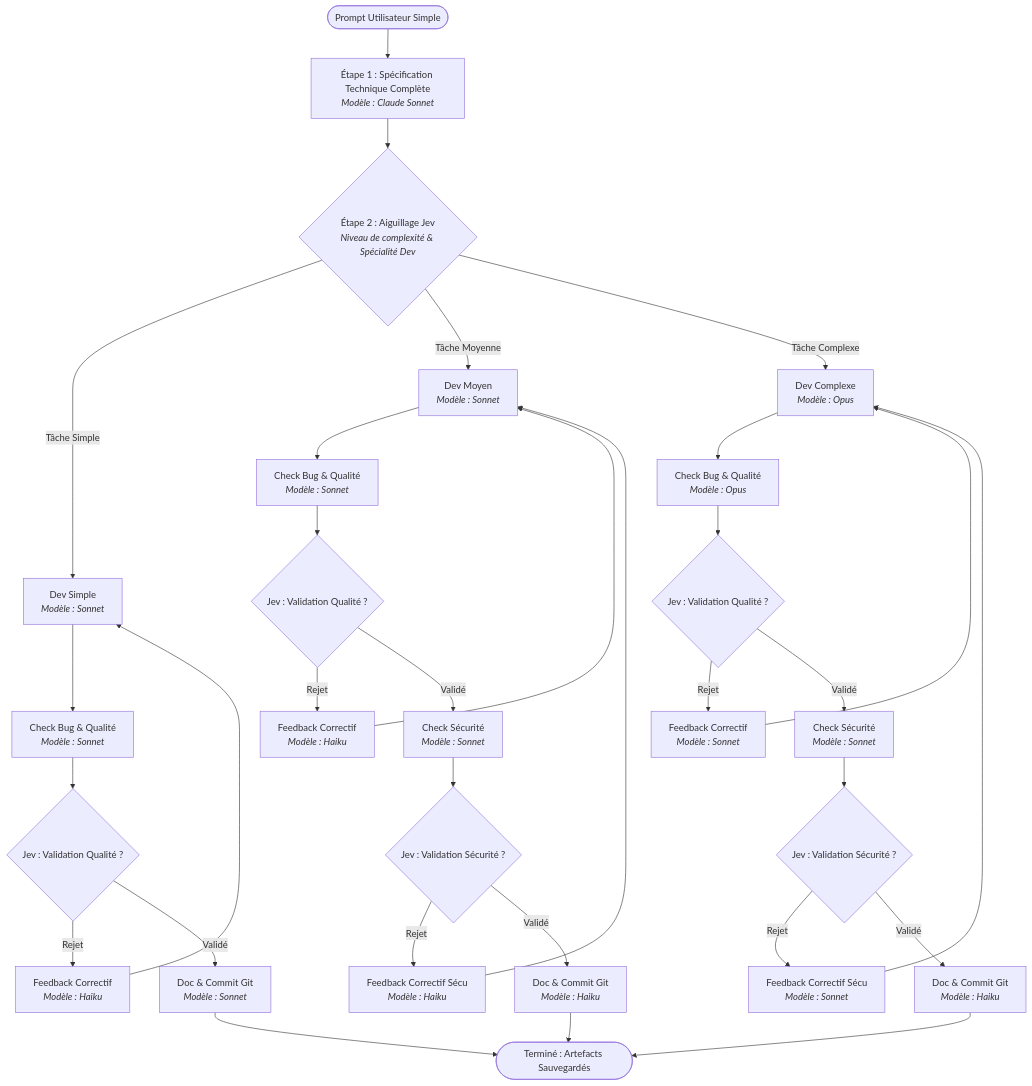
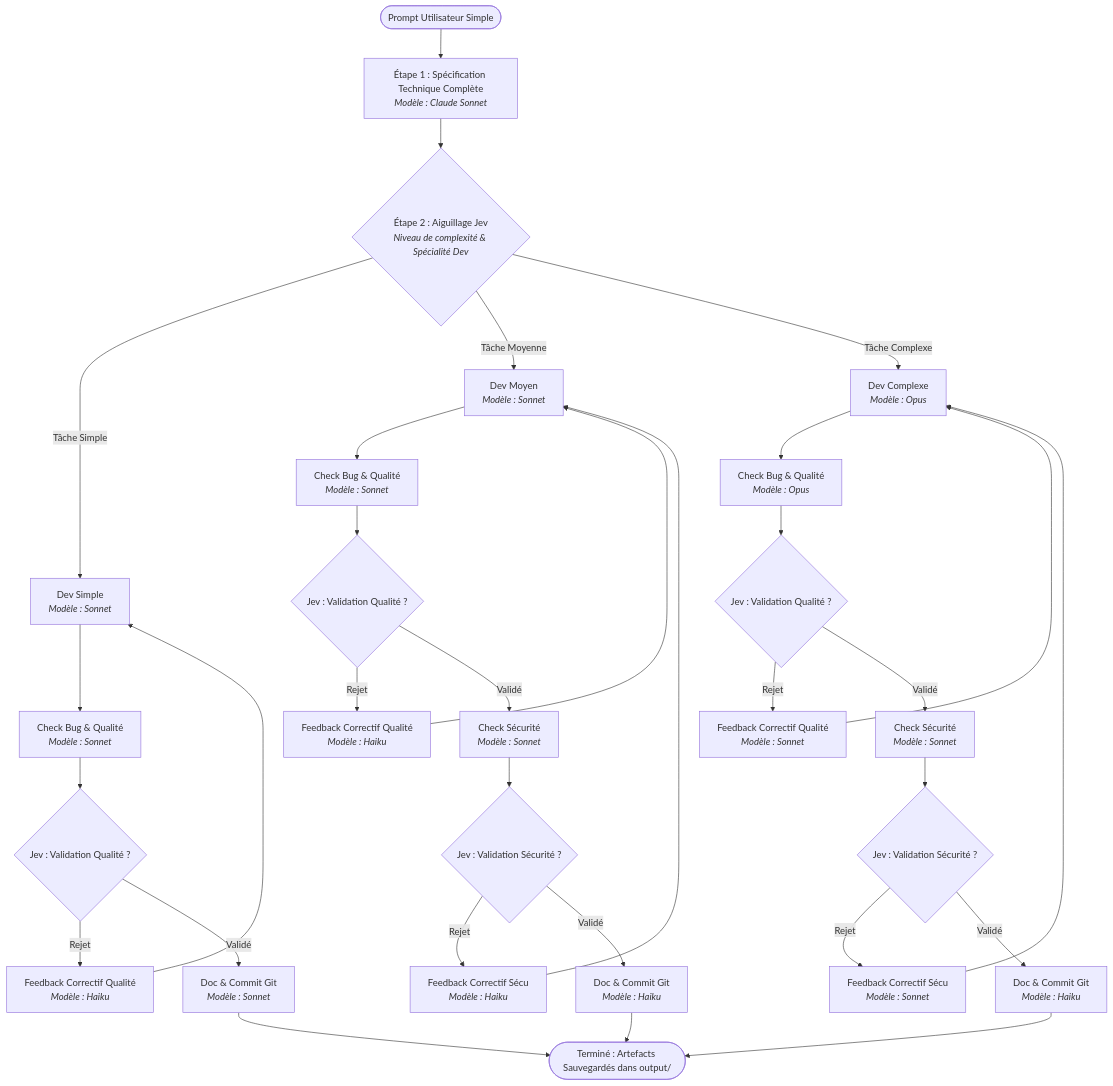
One commit to GirardotN/Workflow-Claude-Code changed the diagram in README.md. Above: the diagram before and after it, drawn with Mermaid. The commit also changed other lines of this file, not shown here.

````diff
--- a/README.md
+++ b/README.md
@@ -38,41 +48,41 @@
 ```mermaid
 flowchart TD
     Start([Prompt Utilisateur Simple]) --> Spec[Étape 1 : Spécification Technique Complète<br/><i>Modèle : Claude Sonnet</i>]
     Spec --> JevRoute{Étape 2 : Aiguillage Jev<br/><i>Niveau de complexité & Spécialité Dev</i>}
 
     %% Branche Simple
     JevRoute -->|Tâche Simple| DevSimple[Dev Simple<br/><i>Modèle : Sonnet</i>]
     DevSimple --> QualSimple[Check Bug & Qualité<br/><i>Modèle : Sonnet</i>]
     QualSimple --> JevQualSimple{Jev : Validation Qualité ?}
-    JevQualSimple -->|Rejet| FbQualSimple[Feedback Correctif<br/><i>Modèle : Haiku</i>]
+    JevQualSimple -->|Rejet| FbQualSimple[Feedback Correctif Qualité<br/><i>Modèle : Haiku</i>]
     FbQualSimple --> DevSimple
     JevQualSimple -->|Validé| DocSimple[Doc & Commit Git<br/><i>Modèle : Sonnet</i>]
 
     %% Branche Moyenne
     JevRoute -->|Tâche Moyenne| DevMoy[Dev Moyen<br/><i>Modèle : Sonnet</i>]
     DevMoy --> QualMoy[Check Bug & Qualité<br/><i>Modèle : Sonnet</i>]
     QualMoy --> JevQualMoy{Jev : Validation Qualité ?}
-    JevQualMoy -->|Rejet| FbQualMoy[Feedback Correctif<br/><i>Modèle : Haiku</i>]
+    JevQualMoy -->|Rejet| FbQualMoy[Feedback Correctif Qualité<br/><i>Modèle : Haiku</i>]
     FbQualMoy --> DevMoy
     JevQualMoy -->|Validé| SecuMoy[Check Sécurité<br/><i>Modèle : Sonnet</i>]
     SecuMoy --> JevSecuMoy{Jev : Validation Sécurité ?}
     JevSecuMoy -->|Rejet| FbSecuMoy[Feedback Correctif Sécu<br/><i>Modèle : Haiku</i>]
     FbSecuMoy --> DevMoy
     JevSecuMoy -->|Validé| DocMoy[Doc & Commit Git<br/><i>Modèle : Haiku</i>]
 
     %% Branche Complexe
     JevRoute -->|Tâche Complexe| DevComp[Dev Complexe<br/><i>Modèle : Opus</i>]
     DevComp --> QualComp[Check Bug & Qualité<br/><i>Modèle : Opus</i>]
     QualComp --> JevQualComp{Jev : Validation Qualité ?}
-    JevQualComp -->|Rejet| FbQualComp[Feedback Correctif<br/><i>Modèle : Sonnet</i>]
+    JevQualComp -->|Rejet| FbQualComp[Feedback Correctif Qualité<br/><i>Modèle : Sonnet</i>]
     FbQualComp --> DevComp
     JevQualComp -->|Validé| SecuComp[Check Sécurité<br/><i>Modèle : Sonnet</i>]
     SecuComp --> JevSecuComp{Jev : Validation Sécurité ?}
     JevSecuComp -->|Rejet| FbSecuComp[Feedback Correctif Sécu<br/><i>Modèle : Sonnet</i>]
     FbSecuComp --> DevComp
     JevSecuComp -->|Validé| DocComp[Doc & Commit Git<br/><i>Modèle : Haiku</i>]
 
-    DocSimple --> End([Terminé : Artefacts Sauvegardés])
+    DocSimple --> End([Terminé : Artefacts Sauvegardés dans output/])
     DocMoy --> End
     DocComp --> End
 ```
````
